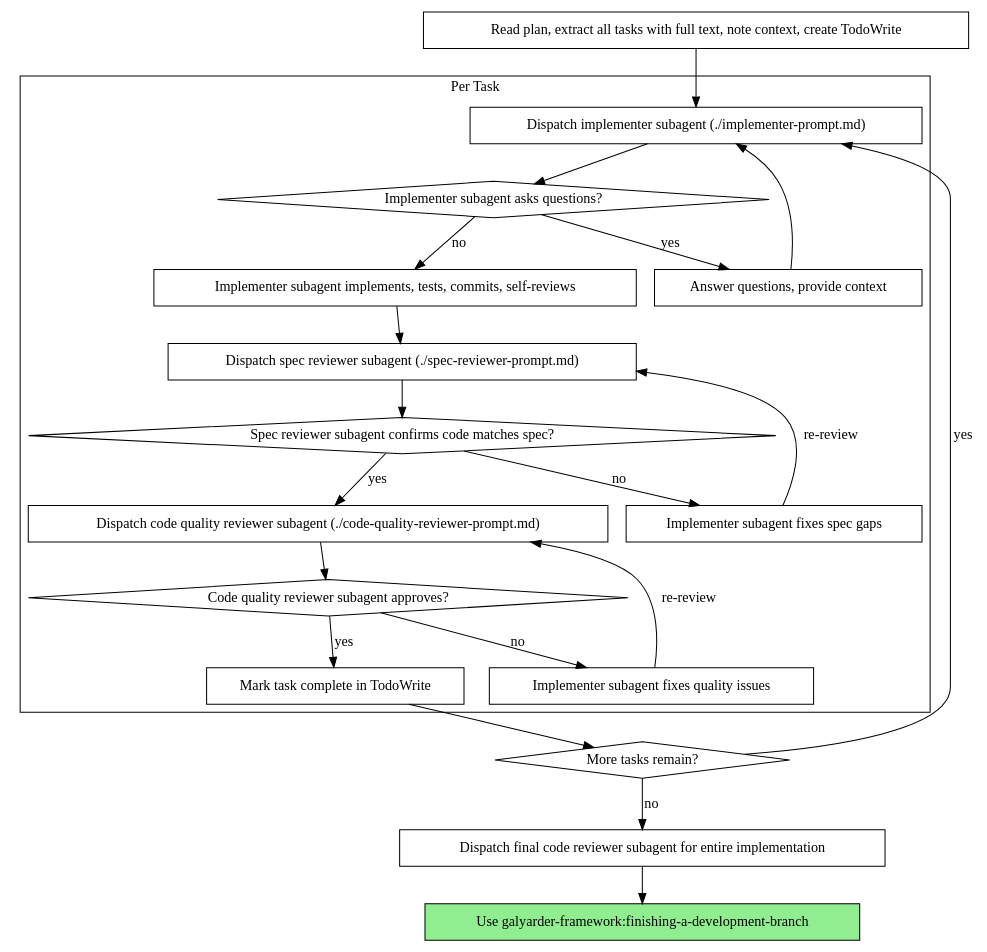
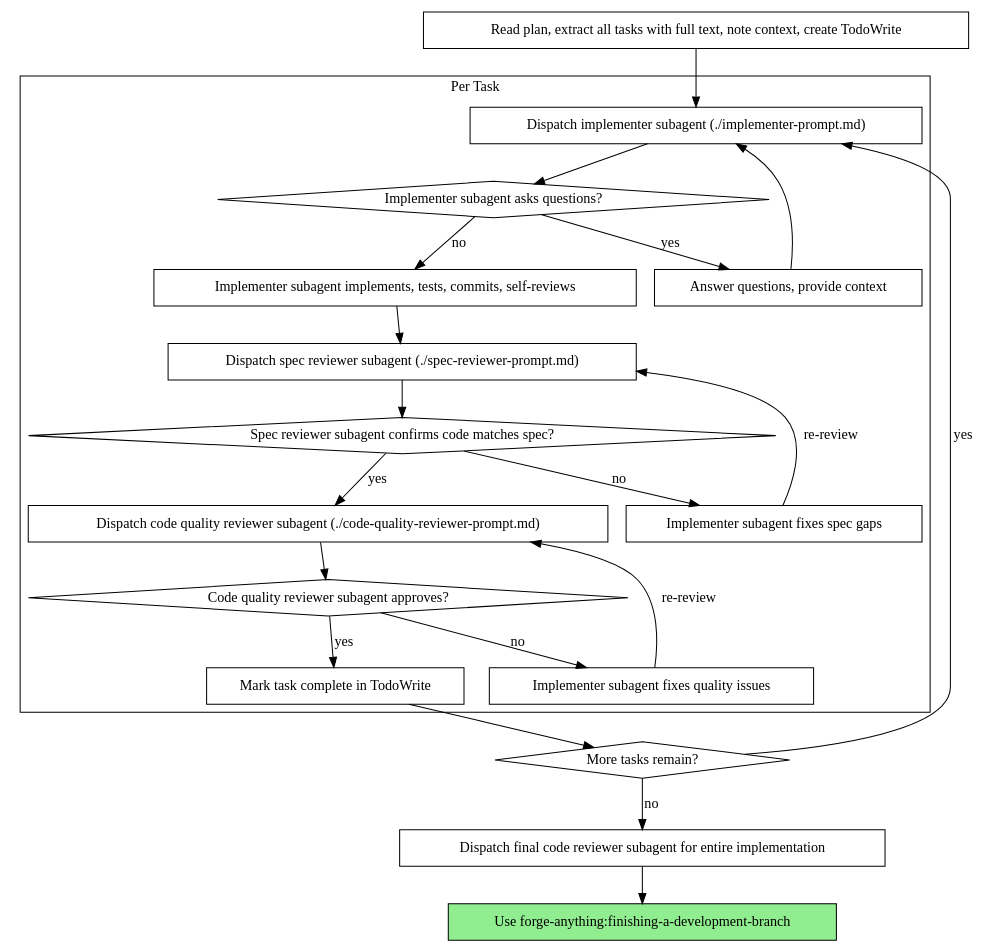
One commit to galyarderlabs/galyarder-framework changed the second of 3 diagrams in docs/skills/engineering/index.md. Above: the diagram before and after it, drawn with Graphviz. The commit also changed other lines of this file and 4781 other files, not shown here.

````diff
--- a/docs/skills/engineering/index.md
+++ b/docs/skills/engineering/index.md
@@ -1836,44 +1836,44 @@
 ```dot
 digraph process {
     rankdir=TB;
 
     subgraph cluster_per_task {
         label="Per Task";
         "Dispatch implementer subagent (./implementer-prompt.md)" [shape=box];
         "Implementer subagent asks questions?" [shape=diamond];
         "Answer questions, provide context" [shape=box];
         "Implementer subagent implements, tests, commits, self-reviews" [shape=box];
         "Dispatch spec reviewer subagent (./spec-reviewer-prompt.md)" [shape=box];
         "Spec reviewer subagent confirms code matches spec?" [shape=diamond];
         "Implementer subagent fixes spec gaps" [shape=box];
         "Dispatch code quality reviewer subagent (./code-quality-reviewer-prompt.md)" [shape=box];
         "Code quality reviewer subagent approves?" [shape=diamond];
         "Implementer subagent fixes quality issues" [shape=box];
         "Mark task complete in TodoWrite" [shape=box];
     }
 
     "Read plan, extract all tasks with full text, note context, create TodoWrite" [shape=box];
     "More tasks remain?" [shape=diamond];
     "Dispatch final code reviewer subagent for entire implementation" [shape=box];
-    "Use galyarder-framework:finishing-a-development-branch" [shape=box style=filled fillcolor=lightgreen];
+    "Use forge-anything:finishing-a-development-branch" [shape=box style=filled fillcolor=lightgreen];
 
     "Read plan, extract all tasks with full text, note context, create TodoWrite" -> "Dispatch implementer subagent (./implementer-prompt.md)";
     "Dispatch implementer subagent (./implementer-prompt.md)" -> "Implementer subagent asks questions?";
     "Implementer subagent asks questions?" -> "Answer questions, provide context" [label="yes"];
     "Answer questions, provide context" -> "Dispatch implementer subagent (./implementer-prompt.md)";
     "Implementer subagent asks questions?" -> "Implementer subagent implements, tests, commits, self-reviews" [label="no"];
     "Implementer subagent implements, tests, commits, self-reviews" -> "Dispatch spec reviewer subagent (./spec-reviewer-prompt.md)";
     "Dispatch spec reviewer subagent (./spec-reviewer-prompt.md)" -> "Spec reviewer subagent confirms code matches spec?";
     "Spec reviewer subagent confirms code matches spec?" -> "Implementer subagent fixes spec gaps" [label="no"];
     "Implementer subagent fixes spec gaps" -> "Dispatch spec reviewer subagent (./spec-reviewer-prompt.md)" [label="re-review"];
     "Spec reviewer subagent confirms code matches spec?" -> "Dispatch code quality reviewer subagent (./code-quality-reviewer-prompt.md)" [label="yes"];
     "Dispatch code quality reviewer subagent (./code-quality-reviewer-prompt.md)" -> "Code quality reviewer subagent approves?";
     "Code quality reviewer subagent approves?" -> "Implementer subagent fixes quality issues" [label="no"];
     "Implementer subagent fixes quality issues" -> "Dispatch code quality reviewer subagent (./code-quality-reviewer-prompt.md)" [label="re-review"];
     "Code quality reviewer subagent approves?" -> "Mark task complete in TodoWrite" [label="yes"];
     "Mark task complete in TodoWrite" -> "More tasks remain?";
     "More tasks remain?" -> "Dispatch implementer subagent (./implementer-prompt.md)" [label="yes"];
     "More tasks remain?" -> "Dispatch final code reviewer subagent for entire implementation" [label="no"];
-    "Dispatch final code reviewer subagent for entire implementation" -> "Use galyarder-framework:finishing-a-development-branch";
+    "Dispatch final code reviewer subagent for entire implementation" -> "Use forge-anything:finishing-a-development-branch";
 }
 ```
````
